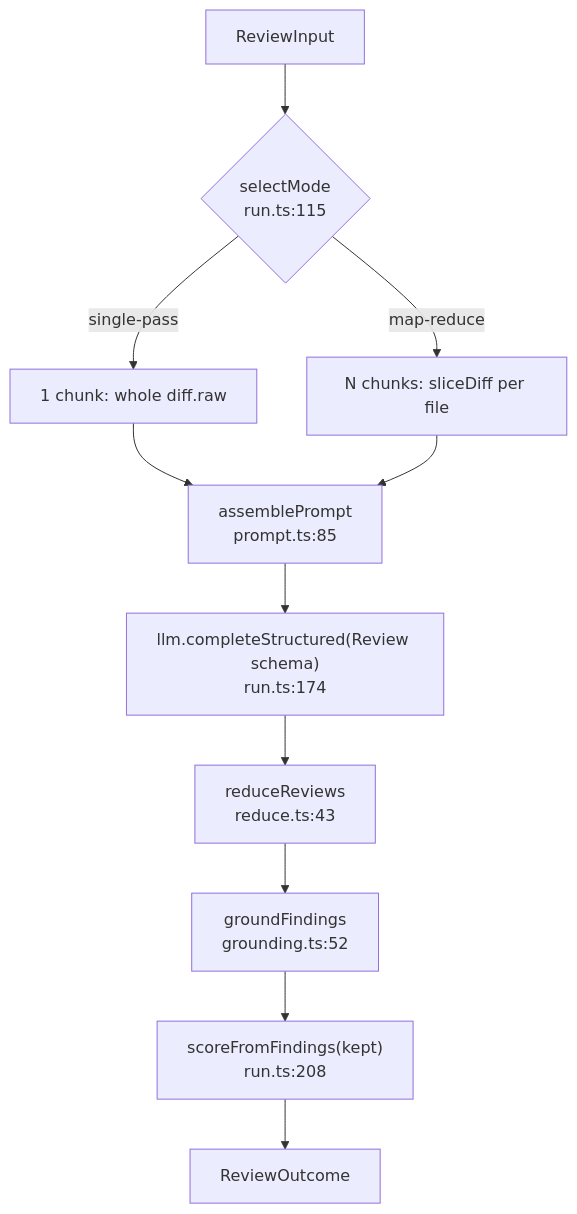
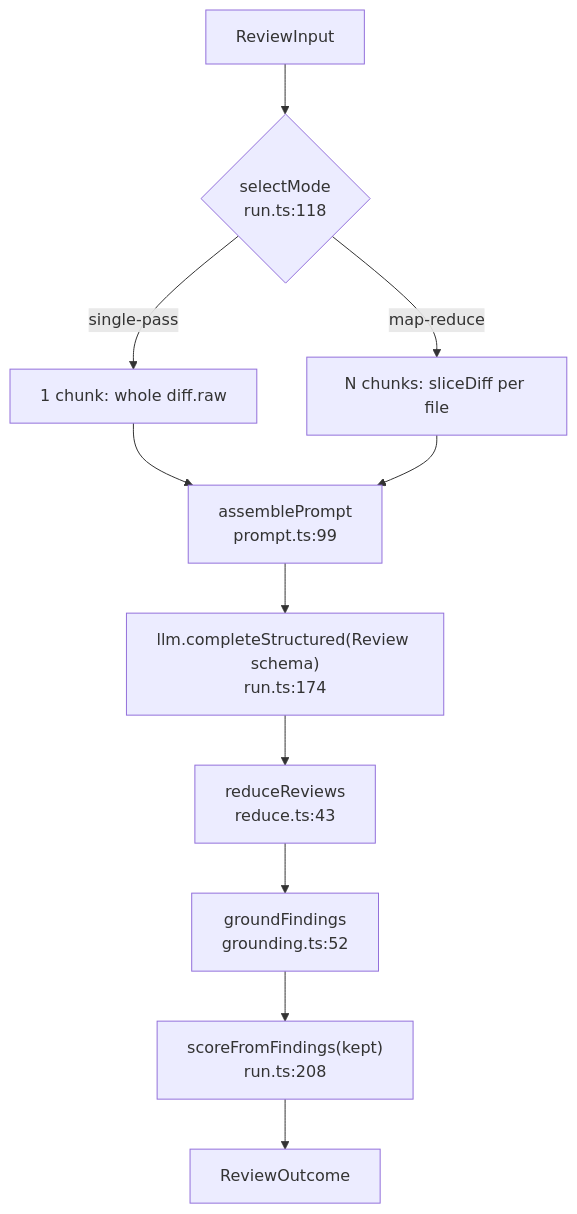
The diagram in reviewer-core/docs/pipeline.md (Volodymyr-Hula/dev-digest), drawn with Mermaid before and after one commit. The commit also changed other lines of this file and 9 other files, not shown here.

First line of the commit message:
docs: intent layer architecture docs, known gaps, agent catalog and insights

````diff
--- a/reviewer-core/docs/pipeline.md
+++ b/reviewer-core/docs/pipeline.md
@@ -7,13 +7,13 @@
 ```mermaid
 flowchart TD
-  IN[ReviewInput] --> SEL{selectMode<br/>run.ts:115}
+  IN[ReviewInput] --> SEL{selectMode<br/>run.ts:118}
   SEL -->|single-pass| C1["1 chunk: whole diff.raw"]
   SEL -->|map-reduce| CN["N chunks: sliceDiff per file"]
-  C1 --> AP["assemblePrompt<br/>prompt.ts:85"]
+  C1 --> AP["assemblePrompt<br/>prompt.ts:99"]
   CN --> AP
   AP --> LLM["llm.completeStructured(Review schema)<br/>run.ts:174"]
   LLM --> RED["reduceReviews<br/>reduce.ts:43"]
   RED --> GR["groundFindings<br/>grounding.ts:52"]
   GR --> SC["scoreFromFindings(kept)<br/>run.ts:208"]
   SC --> OUT[ReviewOutcome]
 ```
````
